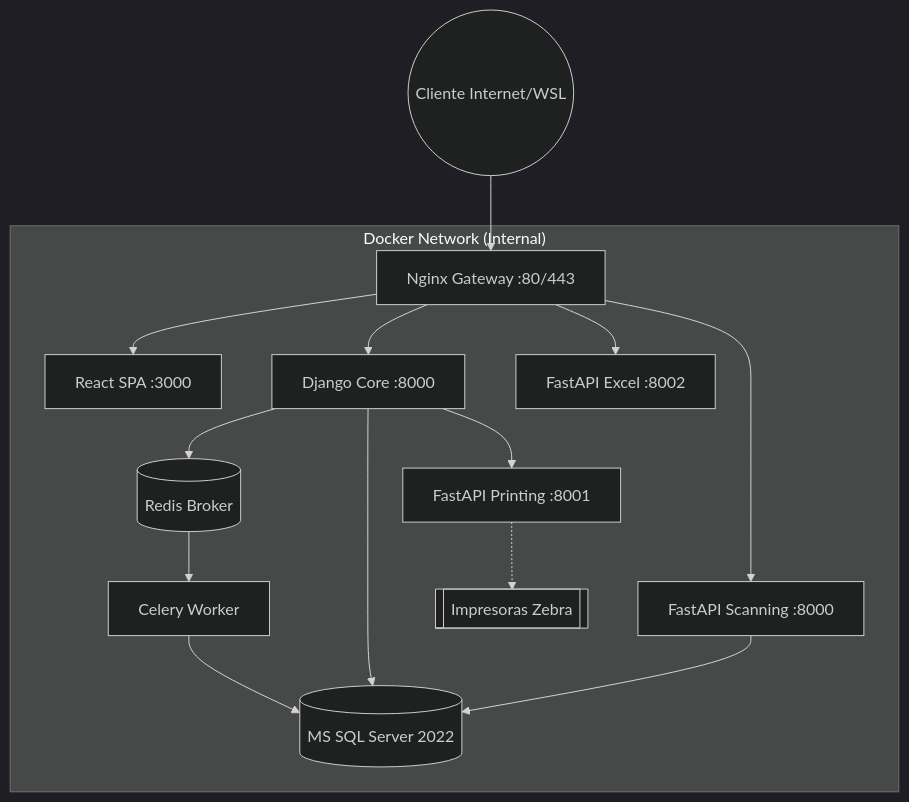
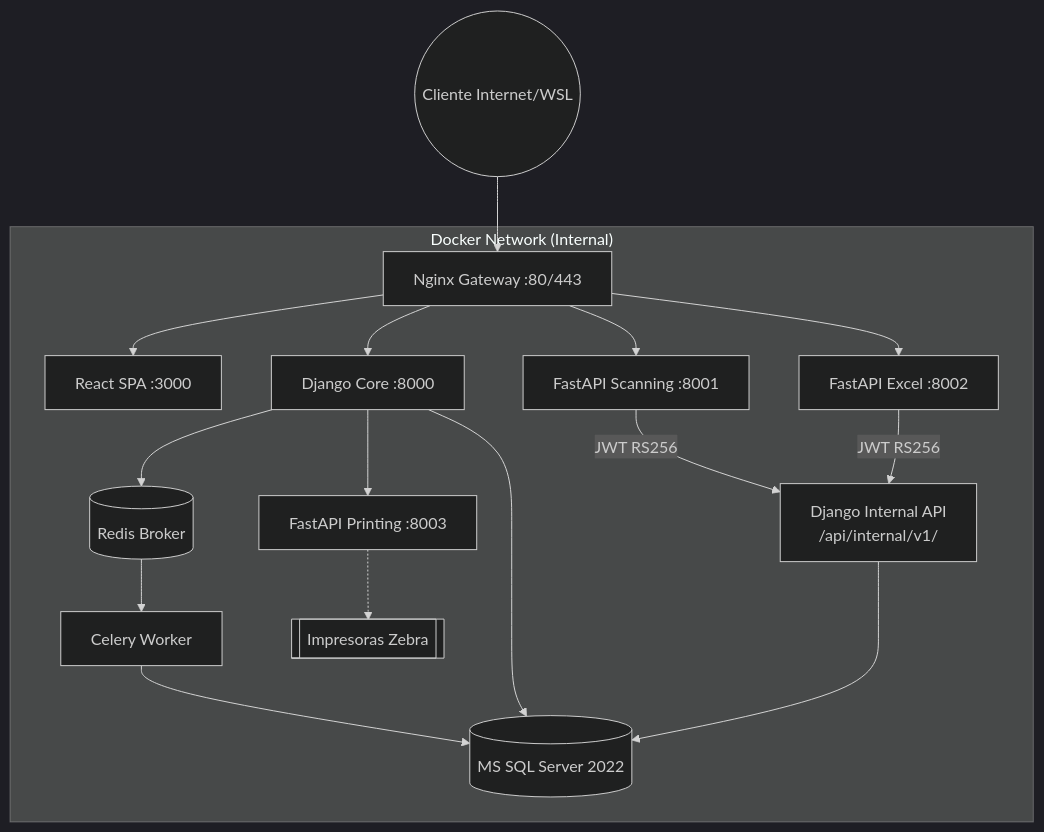
One commit to DevBrandonArellano/TexCore changed the first of 8 diagrams in documentation/arquitectura_y_desarrollo.md. Above: the diagram before and after it, drawn with Mermaid (dark theme). The commit also changed other lines of this file and 67 other files, not shown here.

Commit message:
feat: se refactoriza los microservicios y se los deja autonomos, lo cual hace conexion mediante una API se ocupa RSA256, JWT y se actualiza la documentación

````diff
--- a/documentation/arquitectura_y_desarrollo.md
+++ b/documentation/arquitectura_y_desarrollo.md
@@ -12,22 +12,25 @@
 ```mermaid
 graph TD
     Client((Cliente Internet/WSL)) --> Nginx[Nginx Gateway :80/443]
     
     subgraph "Docker Network (Internal)"
         Nginx --> Frontend[React SPA :3000]
         Nginx --> Backend[Django Core :8000]
-        Nginx --> Scanning[FastAPI Scanning :8000]
+        Nginx --> Scanning[FastAPI Scanning :8001]
         Nginx --> Excel[FastAPI Excel :8002]
         
         Backend --> Redis[(Redis Broker)]
         Redis --> Celery[Celery Worker]
         Celery --> SQL
-        
+
         Backend --> SQL[(MS SQL Server 2022)]
-        Scanning --> SQL
-        
-        Backend --> Printing[FastAPI Printing :8001]
+
+        Scanning -->|JWT RS256| InternalAPI[Django Internal API\n/api/internal/v1/]
+        Excel -->|JWT RS256| InternalAPI
+        InternalAPI --> SQL
+
+        Backend --> Printing[FastAPI Printing :8003]
         
         Printing -.-> Zebra[[Impresoras Zebra]]
     end
 ```
````
